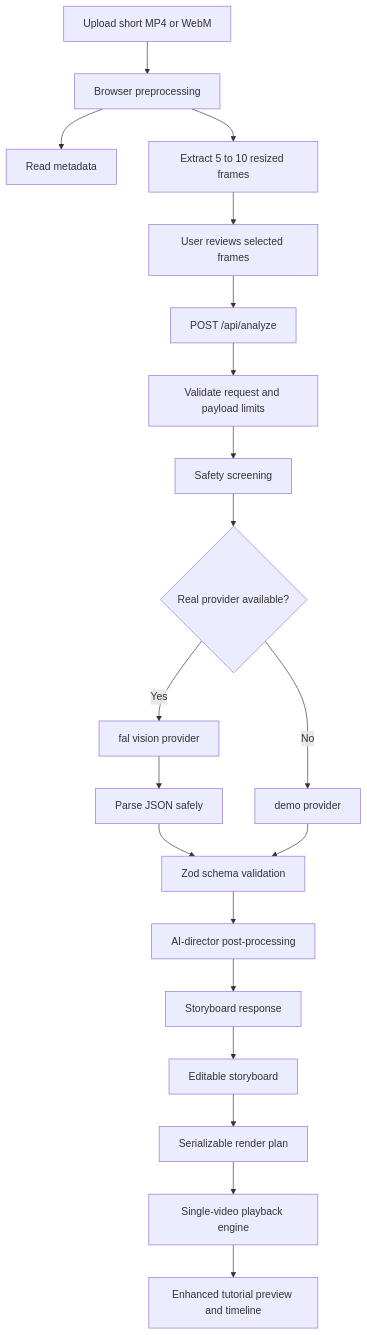
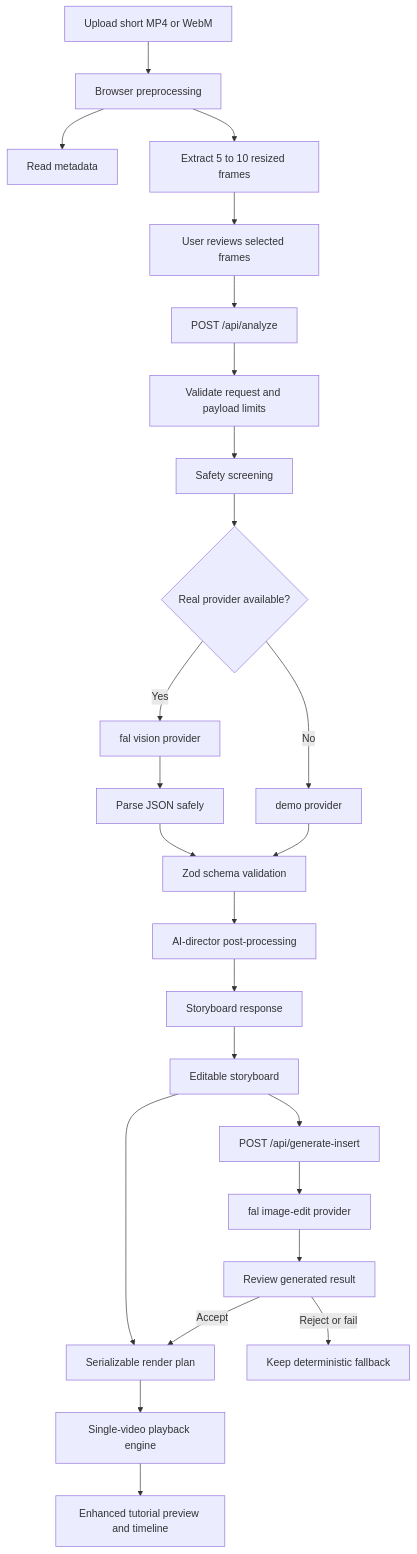
One commit to PatWork55/GhostCrew changed the diagram in README.md. Above: the diagram before and after it, drawn with Mermaid. The commit also changed other lines of this file and 25 other files, not shown here.

````diff
--- a/README.md
+++ b/README.md
@@ -49,22 +50,27 @@
 ```mermaid
 flowchart TD
   A[Upload short MP4 or WebM] --> B[Browser preprocessing]
   B --> B1[Read metadata]
   B --> B2[Extract 5 to 10 resized frames]
   B2 --> B3[User reviews selected frames]
   B3 --> C[POST /api/analyze]
   C --> D[Validate request and payload limits]
   D --> E[Safety screening]
   E --> F{Real provider available?}
   F -->|Yes| G[fal vision provider]
   F -->|No| H[demo provider]
   G --> I[Parse JSON safely]
   I --> J[Zod schema validation]
   H --> J
   J --> K[AI-director post-processing]
   K --> L[Storyboard response]
   L --> M[Editable storyboard]
   M --> N[Serializable render plan]
+  M --> Q[POST /api/generate-insert]
+  Q --> R[fal image-edit provider]
+  R --> S[Review generated result]
+  S -->|Accept| N
+  S -->|Reject or fail| T[Keep deterministic fallback]
   N --> O[Single-video playback engine]
   O --> P[Enhanced tutorial preview and timeline]
 ```
````
